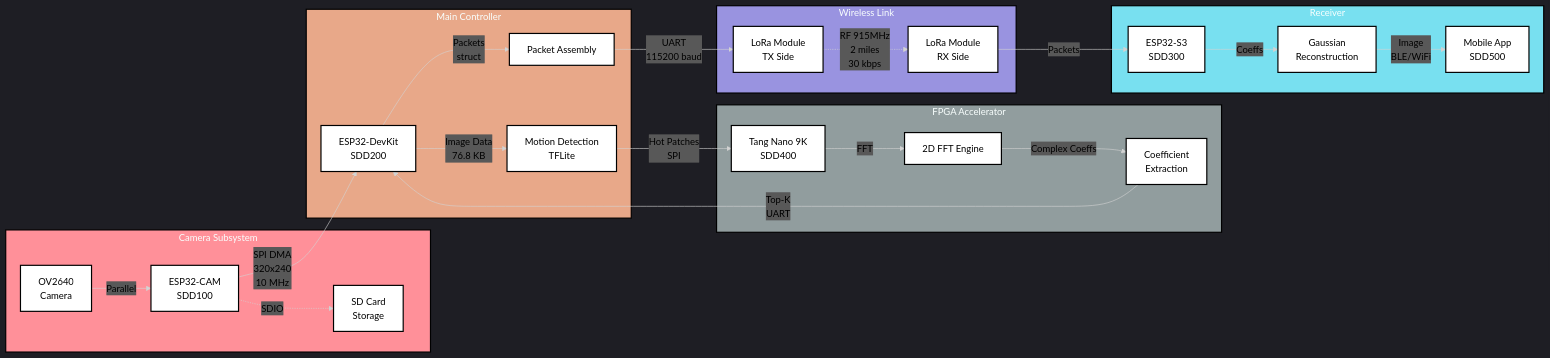
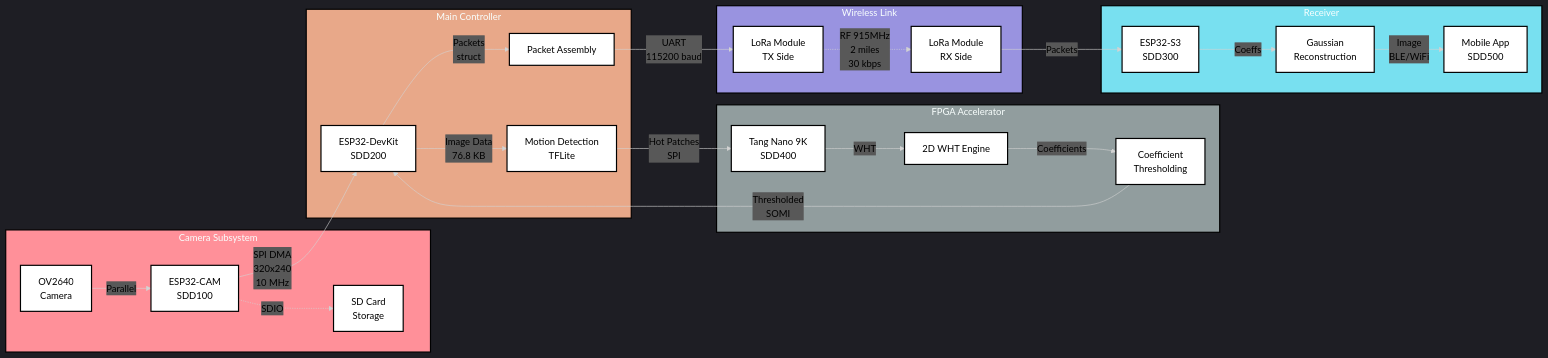
The diagram in Documentation/SDDs/SDD000.md (ColeZenk/SD403_TrailCamera_NDSU), drawn with Mermaid before and after one commit. The commit also changed other lines of this file and 45 other files, not shown here.

````diff
--- a/Documentation/SDDs/SDD000.md
+++ b/Documentation/SDDs/SDD000.md
@@ -43,68 +41,68 @@
 ```mermaid
 ---
 config:
   theme: dark
   themeVariables:
     primaryTextColor: '#000'
     textColor: '#000'
 ---
 flowchart LR
  subgraph CAM_SYS["Camera Subsystem"]
         CAM["OV2640<br>Camera"]
         CAM_MCU["ESP32-CAM<br>SDD100"]
         SD["SD Card<br>Storage"]
   end
  subgraph MAIN_SYS["Main Controller"]
         DEVKIT["ESP32-DevKit<br>SDD200"]
         ML["Motion Detection<br>TFLite"]
         PKT["Packet Assembly"]
   end
  subgraph FPGA_SYS["FPGA Accelerator"]
         FPGA["Tang Nano 9K<br>SDD400"]
-        FFT["2D FFT Engine"]
-        COEFF["Coefficient<br>Extraction"]
+        WHT["2D WHT Engine"]
+        COEFF["Coefficient<br>Thresholding"]
   end
  subgraph WIRELESS["Wireless Link"]
         LORA_TX["LoRa Module<br>TX Side"]
         LORA_RX["LoRa Module<br>RX Side"]
   end
  subgraph RECV_SYS["Receiver"]
         S3["ESP32-S3<br>SDD300"]
         RECON["Gaussian<br>Reconstruction"]
         APP["Mobile App<br>SDD500"]
   end
     CAM -- Parallel --> CAM_MCU
     CAM_MCU -. SDIO .-> SD
     CAM_MCU -- SPI DMA<br>320x240<br>10 MHz --> DEVKIT
     DEVKIT -- "Image Data<br>76.8 KB" --> ML
     ML -- Hot Patches<br>SPI --> FPGA
-    FPGA -- FFT --> FFT
-    FFT -- Complex Coeffs --> COEFF
-    COEFF -- "Top-K<br>UART" --> DEVKIT
+    FPGA -- WHT --> WHT
+    WHT -- Coefficients --> COEFF
+    COEFF -- "Thresholded<br>SOMI" --> DEVKIT
     DEVKIT -- Packets<br>struct --> PKT
     PKT -- UART<br>115200 baud --> LORA_TX
     LORA_TX -. RF 915MHz<br>2 miles<br>30 kbps .-> LORA_RX
     LORA_RX -- Packets --> S3
     S3 -- Coeffs --> RECON
     RECON -- Image<br>BLE/WiFi --> APP
 
     style CAM fill:#fff,stroke:#000,stroke-width:2px,color:#000
     style CAM_MCU fill:#fff,stroke:#000,stroke-width:2px,color:#000
     style SD fill:#fff,stroke:#000,stroke-width:2px,color:#000
     style DEVKIT fill:#fff,stroke:#000,stroke-width:2px,color:#000
     style ML fill:#fff,stroke:#000,stroke-width:2px,color:#000
     style PKT fill:#fff,stroke:#000,stroke-width:2px,color:#000
     style FPGA fill:#fff,stroke:#000,stroke-width:2px,color:#000
-    style FFT fill:#fff,stroke:#000,stroke-width:2px,color:#000
+    style WHT fill:#fff,stroke:#000,stroke-width:2px,color:#000
     style COEFF fill:#fff,stroke:#000,stroke-width:2px,color:#000
     style LORA_TX fill:#fff,stroke:#000,stroke-width:2px,color:#000
     style LORA_RX fill:#fff,stroke:#000,stroke-width:2px,color:#000
     style S3 fill:#fff,stroke:#000,stroke-width:2px,color:#000
     style RECON fill:#fff,stroke:#000,stroke-width:2px,color:#000
     style APP fill:#fff,stroke:#000,stroke-width:2px,color:#000
     style CAM_SYS fill:#ff9099,stroke:#000,stroke-width:2px
     style MAIN_SYS fill:#e8a889,stroke:#000,stroke-width:2px
     style FPGA_SYS fill:#919d9e,stroke:#000,stroke-width:2px
     style WIRELESS fill:#9993e0,stroke:#000,stroke-width:2px
     style RECV_SYS fill:#78e0f0,stroke:#000,stroke-width:2px
 ```
````
